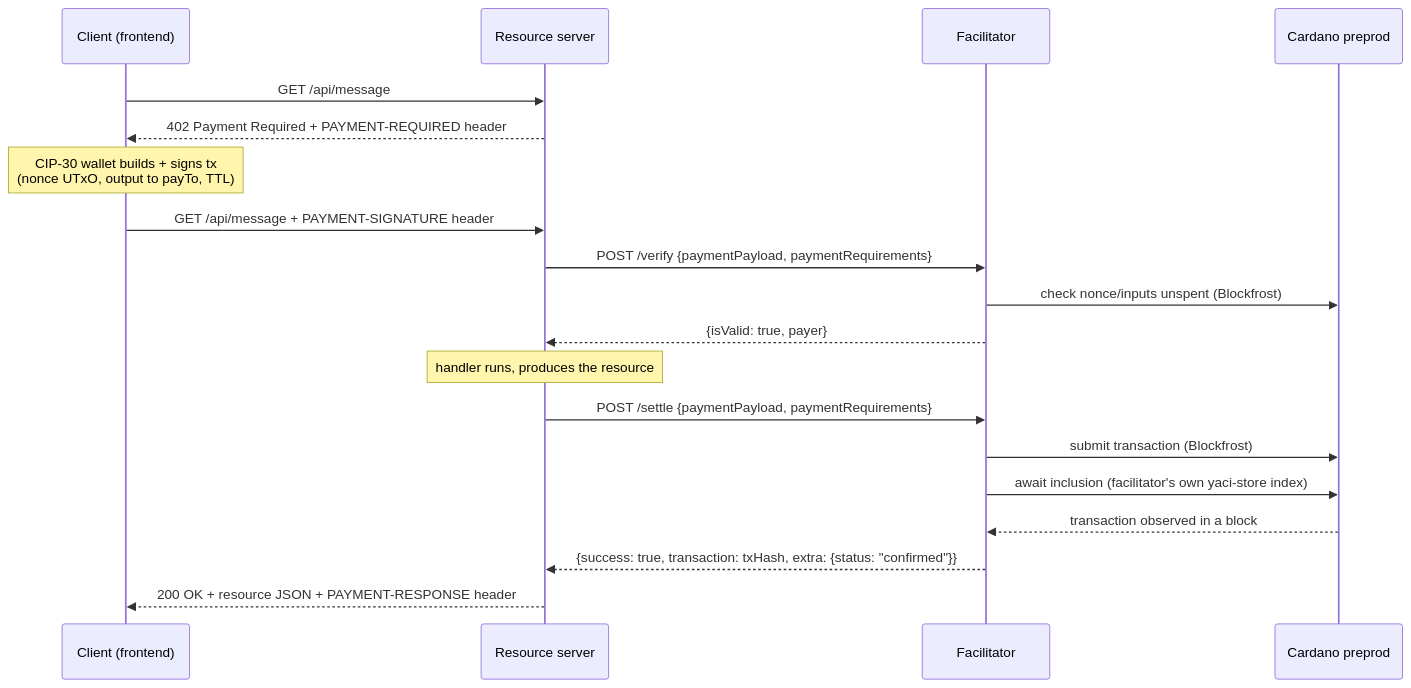
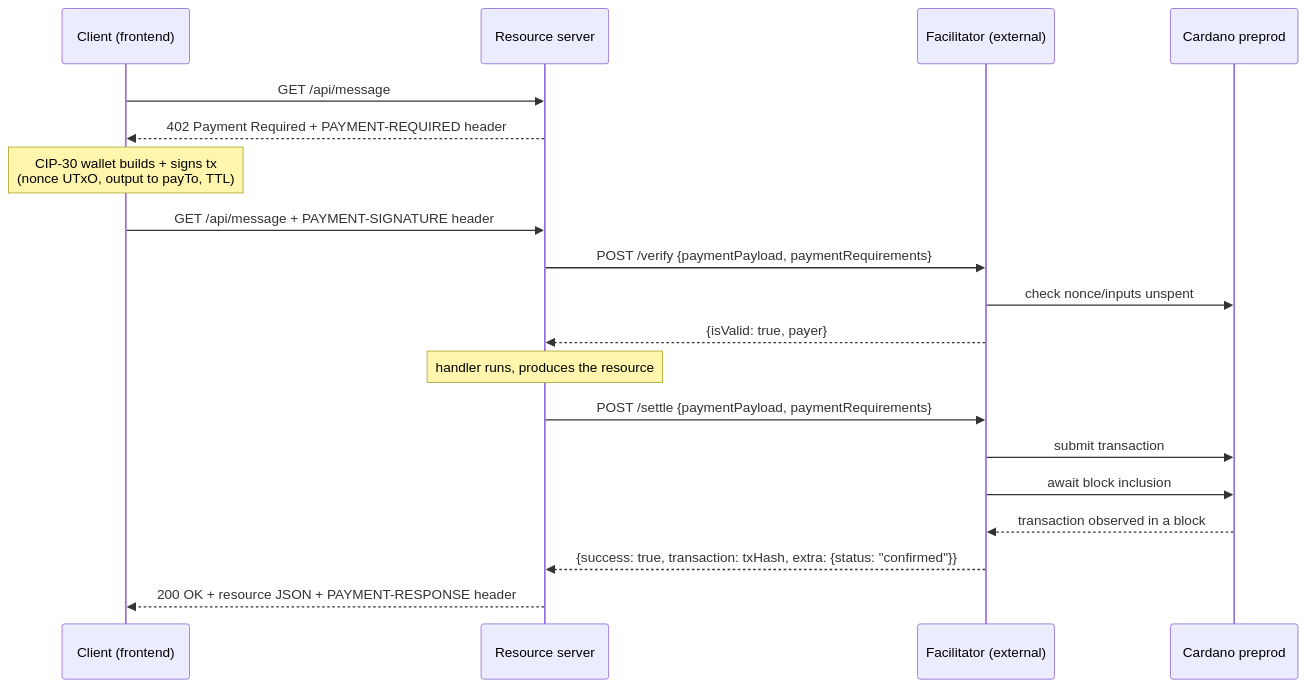
Before and after one commit to Kammerlo/x402-cardano-demo: the diagram in README.md, drawn with Mermaid. The commit also changed other lines of this file and 62 other files, not shown here.

First line of the commit message:
refactor: remove bundled facilitator, point at an external one

````diff
--- a/README.md
+++ b/README.md
@@ -15,22 +17,22 @@
 ```mermaid
 sequenceDiagram
     participant C as Client (frontend)
     participant S as Resource server
-    participant F as Facilitator
+    participant F as Facilitator (external)
     participant X as Cardano preprod
 
     C->>S: GET /api/message
     S-->>C: 402 Payment Required + PAYMENT-REQUIRED header
     Note over C: CIP-30 wallet builds + signs tx<br/>(nonce UTxO, output to payTo, TTL)
     C->>S: GET /api/message + PAYMENT-SIGNATURE header
     S->>F: POST /verify {paymentPayload, paymentRequirements}
-    F->>X: check nonce/inputs unspent (Blockfrost)
+    F->>X: check nonce/inputs unspent
     F-->>S: {isValid: true, payer}
     Note over S: handler runs, produces the resource
     S->>F: POST /settle {paymentPayload, paymentRequirements}
-    F->>X: submit transaction (Blockfrost)
-    F->>X: await inclusion (facilitator's own yaci-store index)
+    F->>X: submit transaction
+    F->>X: await block inclusion
     X-->>F: transaction observed in a block
     F-->>S: {success: true, transaction: txHash, extra: {status: "confirmed"}}
     S-->>C: 200 OK + resource JSON + PAYMENT-RESPONSE header
 ```
````
